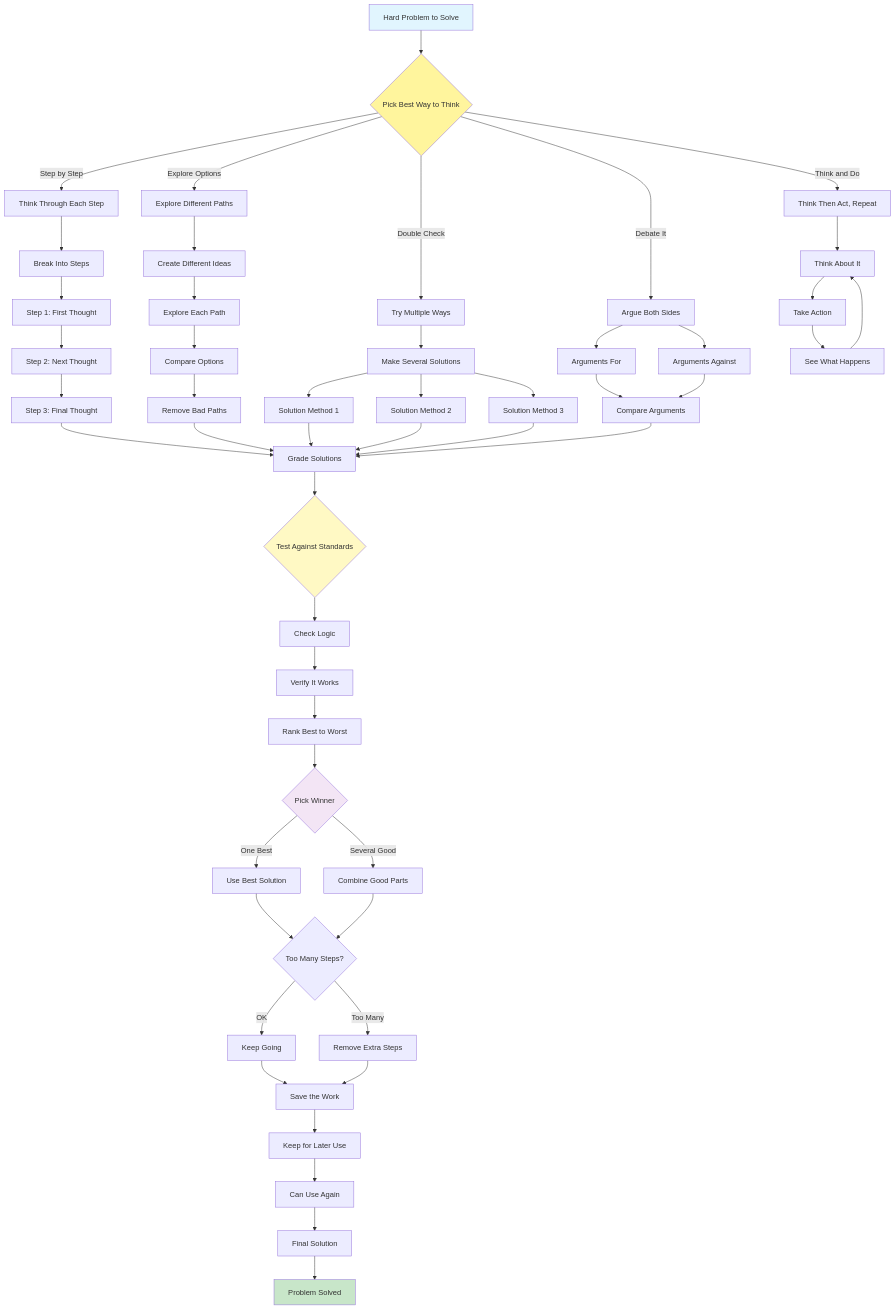
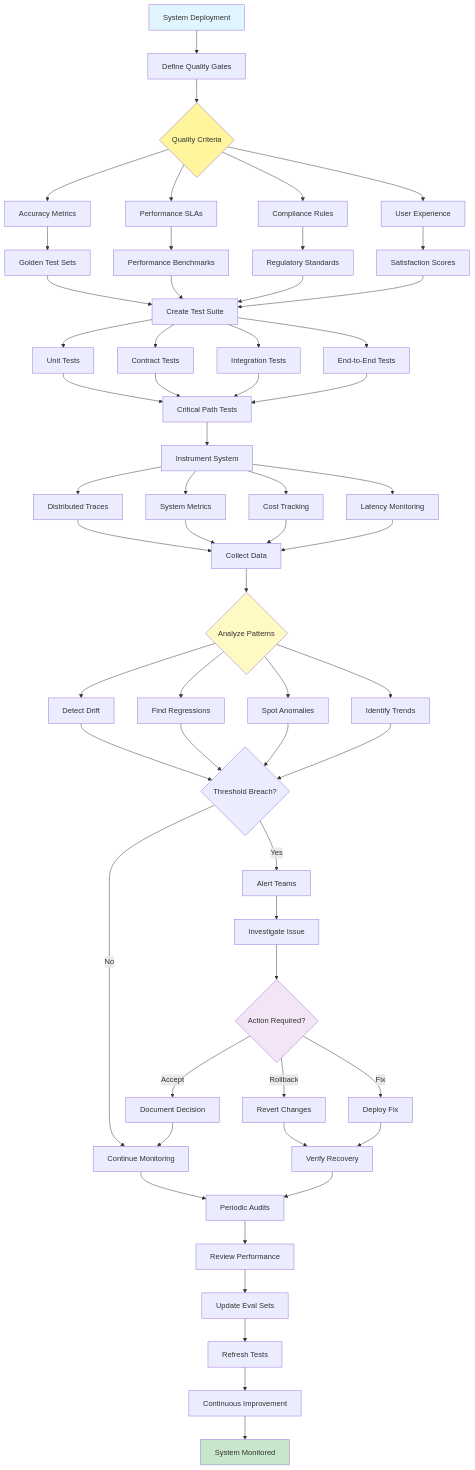
The diagram in diagram.mmd (Adrian-patrick/agentic-ai-design-patterns), drawn with Mermaid before and after one commit. The commit also changed 11 other files, not shown here.

```diff
--- a/diagram.mmd
+++ b/diagram.mmd
@@ -1,72 +1,84 @@
 graph TD
-    Start[Hard Problem to Solve] --> Choose{Pick Best Way to Think}
+    Start[System Deployment] --> Define[Define Quality Gates]
     
-    Choose -->|Step by Step| StepByStep[Think Through Each Step]
-    Choose -->|Explore Options| Tree[Explore Different Paths]
-    Choose -->|Double Check| Multiple[Try Multiple Ways]
-    Choose -->|Debate It| Debate[Argue Both Sides]
-    Choose -->|Think and Do| ThinkDo[Think Then Act, Repeat]
+    Define --> Gates{Quality Criteria}
     
-    StepByStep --> Steps[Break Into Steps]
-    Steps --> Think1[Step 1: First Thought]
-    Think1 --> Think2[Step 2: Next Thought]
-    Think2 --> Think3[Step 3: Final Thought]
+    Gates --> Accuracy[Accuracy Metrics]
+    Gates --> Performance[Performance SLAs]
+    Gates --> Compliance[Compliance Rules]
+    Gates --> UX[User Experience]
     
-    Tree --> Branch[Create Different Ideas]
-    Branch --> Explore[Explore Each Path]
-    Explore --> Compare[Compare Options]
-    Compare --> Remove[Remove Bad Paths]
+    Accuracy --> Golden[Golden Test Sets]
+    Performance --> Benchmarks[Performance Benchmarks]
+    Compliance --> Standards[Regulatory Standards]
+    UX --> Satisfaction[Satisfaction Scores]
     
-    Multiple --> Make[Make Several Solutions]
-    Make --> Path1[Solution Method 1]
-    Make --> Path2[Solution Method 2]
-    Make --> Path3[Solution Method 3]
+    Golden --> Tests[Create Test Suite]
+    Benchmarks --> Tests
+    Standards --> Tests
+    Satisfaction --> Tests
     
-    Debate --> For[Arguments For]
-    Debate --> Against[Arguments Against]
-    For --> Discuss[Compare Arguments]
-    Against --> Discuss
+    Tests --> Unit[Unit Tests]
+    Tests --> Contract[Contract Tests]
+    Tests --> Integration[Integration Tests]
+    Tests --> E2E[End-to-End Tests]
     
-    ThinkDo --> Think[Think About It]
-    Think --> Act[Take Action]
-    Act --> See[See What Happens]
-    See --> Think
+    Unit --> Critical[Critical Path Tests]
+    Contract --> Critical
+    Integration --> Critical
+    E2E --> Critical
     
-    Think3 --> Grade[Grade Solutions]
-    Remove --> Grade
-    Path1 --> Grade
-    Path2 --> Grade
-    Path3 --> Grade
-    Discuss --> Grade
+    Critical --> Instrument[Instrument System]
     
-    Grade --> Test{Test Against Standards}
+    Instrument --> Traces[Distributed Traces]
+    Instrument --> Metrics[System Metrics]
+    Instrument --> Costs[Cost Tracking]
+    Instrument --> Latency[Latency Monitoring]
     
-    Test --> Check[Check Logic]
-    Check --> Verify[Verify It Works]
-    Verify --> Rank[Rank Best to Worst]
+    Traces --> Collect[Collect Data]
+    Metrics --> Collect
+    Costs --> Collect
+    Latency --> Collect
     
-    Rank --> Pick{Pick Winner}
+    Collect --> Analyze{Analyze Patterns}
     
-    Pick -->|One Best| UseBest[Use Best Solution]
-    Pick -->|Several Good| Combine[Combine Good Parts]
+    Analyze --> Drift[Detect Drift]
+    Analyze --> Regression[Find Regressions]
+    Analyze --> Anomalies[Spot Anomalies]
+    Analyze --> Trends[Identify Trends]
     
-    UseBest --> Limit{Too Many Steps?}
-    Combine --> Limit
+    Drift --> Alert{Threshold Breach?}
+    Regression --> Alert
+    Anomalies --> Alert
+    Trends --> Alert
     
-    Limit -->|OK| Continue[Keep Going]
-    Limit -->|Too Many| Trim[Remove Extra Steps]
+    Alert -->|Yes| Notify[Alert Teams]
+    Alert -->|No| Continue[Continue Monitoring]
     
-    Continue --> Save[Save the Work]
-    Trim --> Save
+    Notify --> Investigate[Investigate Issue]
+    Investigate --> Decision{Action Required?}
     
-    Save --> Keep[Keep for Later Use]
-    Keep --> CanReuse[Can Use Again]
+    Decision -->|Rollback| Revert[Revert Changes]
+    Decision -->|Fix| Patch[Deploy Fix]
+    Decision -->|Accept| Document[Document Decision]
     
-    CanReuse --> Answer[Final Solution]
-    Answer --> End[Problem Solved]
+    Revert --> Verify[Verify Recovery]
+    Patch --> Verify
+    Document --> Continue
+    
+    Continue --> Periodic[Periodic Audits]
+    Verify --> Periodic
+    
+    Periodic --> Review[Review Performance]
+    Review --> Update[Update Eval Sets]
+    
+    Update --> Refresh[Refresh Tests]
+    Refresh --> Improve[Continuous Improvement]
+    
+    Improve --> End[System Monitored]
 
     style Start fill:#e1f5fe
-    style Choose fill:#fff59d
-    style Test fill:#fff9c4
-    style Pick fill:#f3e5f5
+    style Gates fill:#fff59d
+    style Analyze fill:#fff9c4
+    style Decision fill:#f3e5f5
     style End fill:#c8e6c9
```
